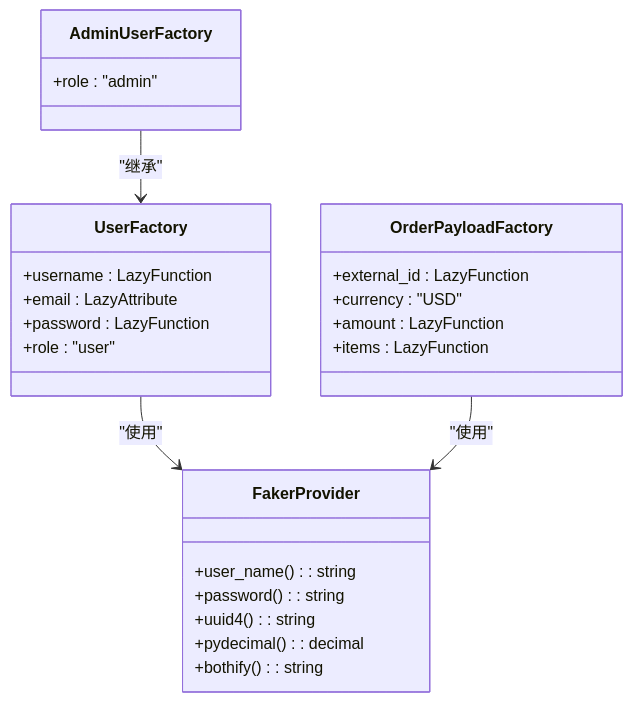
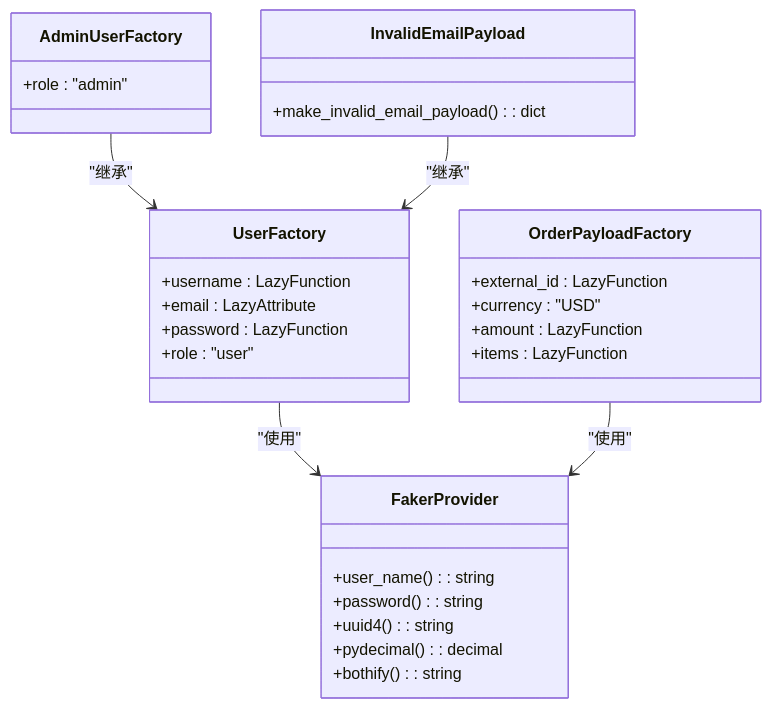
Before and after one commit to AngelWings1997/altas: the fourth of 8 diagrams in .qoder/repowiki/zh/content/Altas Workflow Core/pytest测试模式参考.md, drawn with Mermaid. The commit also changed other lines of this file and 8 other files, not shown here.

````diff
--- a/.qoder/repowiki/zh/content/Altas Workflow Core/pytest测试模式参考.md
+++ b/.qoder/repowiki/zh/content/Altas Workflow Core/pytest测试模式参考.md
@@ -198,28 +251,32 @@
 ```mermaid
 classDiagram
 class UserFactory {
 +username : LazyFunction
 +email : LazyAttribute
 +password : LazyFunction
 +role : "user"
 }
 class AdminUserFactory {
 +role : "admin"
 }
 class OrderPayloadFactory {
 +external_id : LazyFunction
 +currency : "USD"
 +amount : LazyFunction
 +items : LazyFunction
 }
+class InvalidEmailPayload {
++make_invalid_email_payload() : dict
+}
 class FakerProvider {
 +user_name() : string
 +password() : string
 +uuid4() : string
 +pydecimal() : decimal
 +bothify() : string
 }
 UserFactory --> FakerProvider : "使用"
 AdminUserFactory --> UserFactory : "继承"
 OrderPayloadFactory --> FakerProvider : "使用"
+InvalidEmailPayload --> UserFactory : "继承"
 ```
````
